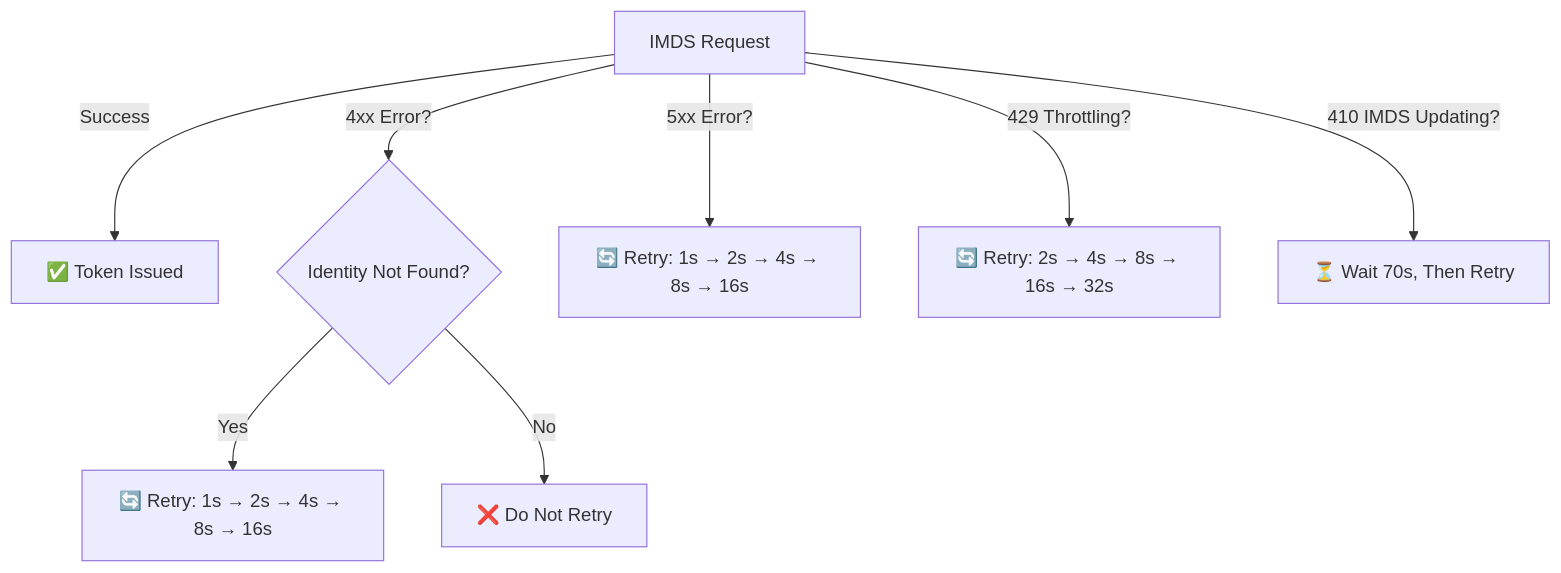
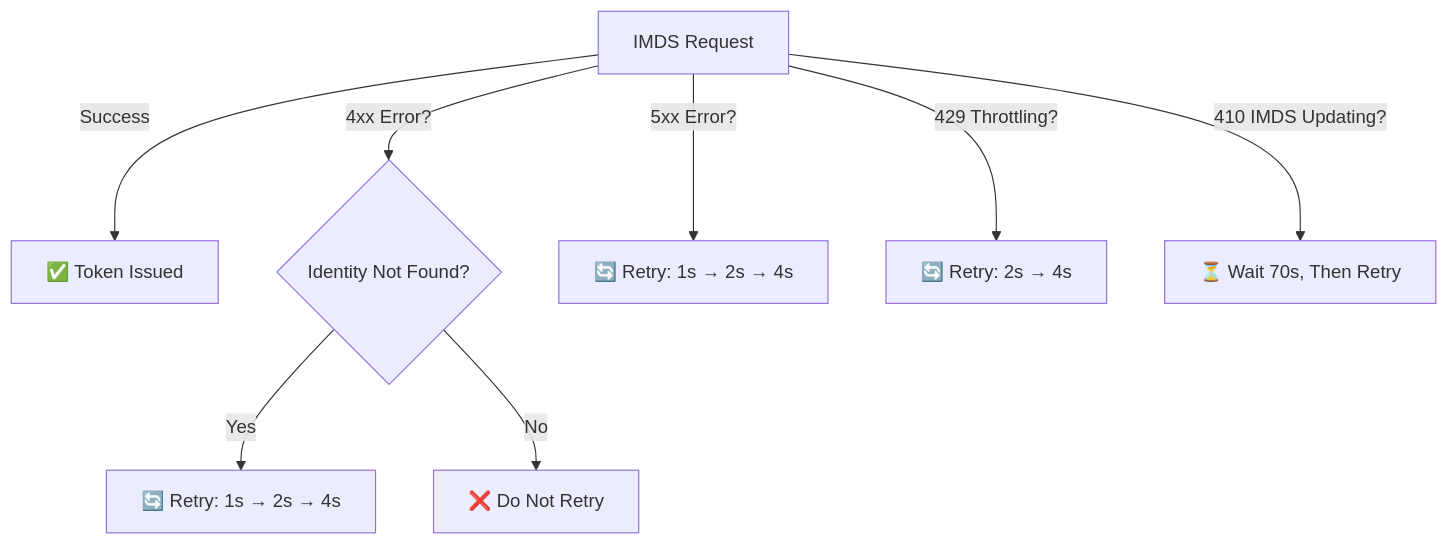
Before and after one commit to AzureAD/microsoft-authentication-library-for-dotnet: the diagram in docs/imds_retry_based_on_errors.md, drawn with Mermaid. The commit also changed other lines of this file, not shown here.

Commit message:
Update retry strategy for IMDS errors

````diff
--- a/docs/imds_retry_based_on_errors.md
+++ b/docs/imds_retry_based_on_errors.md
@@ -51,11 +49,11 @@
 ```mermaid
 graph TD;
   
   A[IMDS Request] -->|Success| B[✅ Token Issued]
   A -->|4xx Error?| C{Identity Not Found?}
-  C -- Yes --> D[🔄 Retry: 1s → 2s → 4s → 8s → 16s]
+  C -- Yes --> D[🔄 Retry: 1s → 2s → 4s]
   C -- No --> E[❌ Do Not Retry]
-  A -->|5xx Error?| F[🔄 Retry: 1s → 2s → 4s → 8s → 16s]
-  A -->|429 Throttling?| G[🔄 Retry: 2s → 4s → 8s → 16s → 32s]
+  A -->|5xx Error?| F[🔄 Retry: 1s → 2s → 4s]
+  A -->|429 Throttling?| G[🔄 Retry: 2s → 4s]
   A -->|410 IMDS Updating?| H[⏳ Wait 70s, Then Retry]
 ```
````
